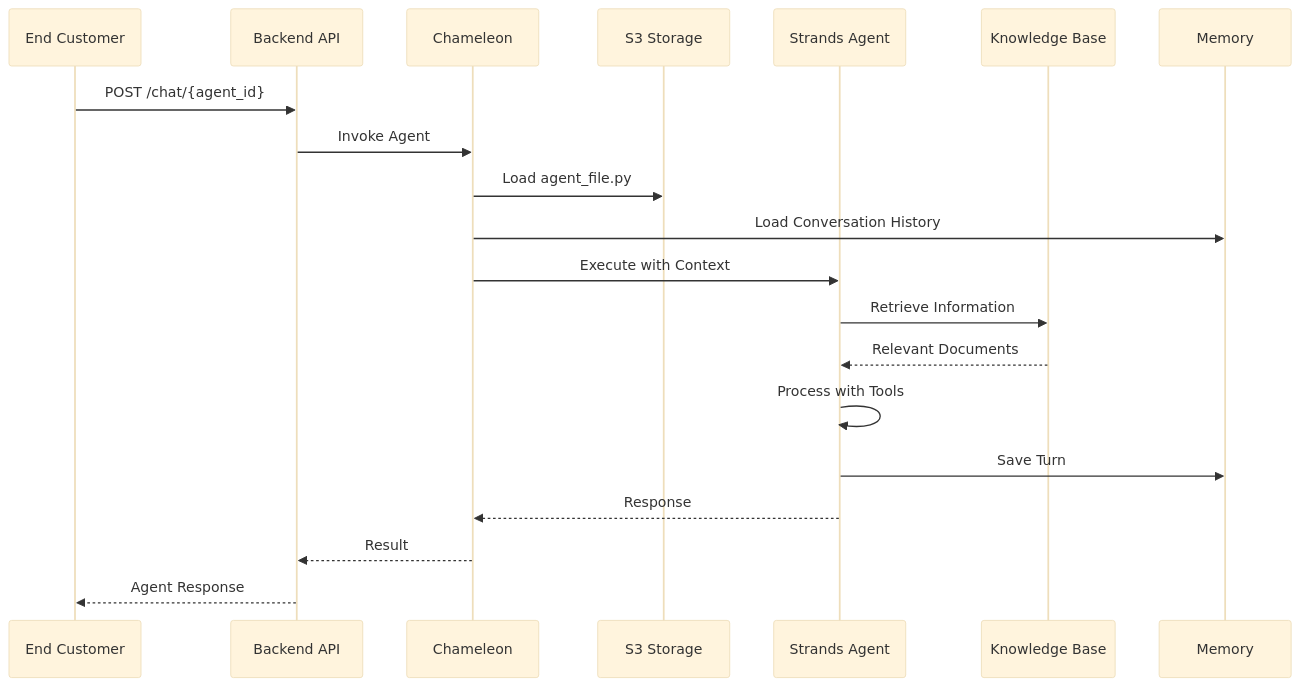
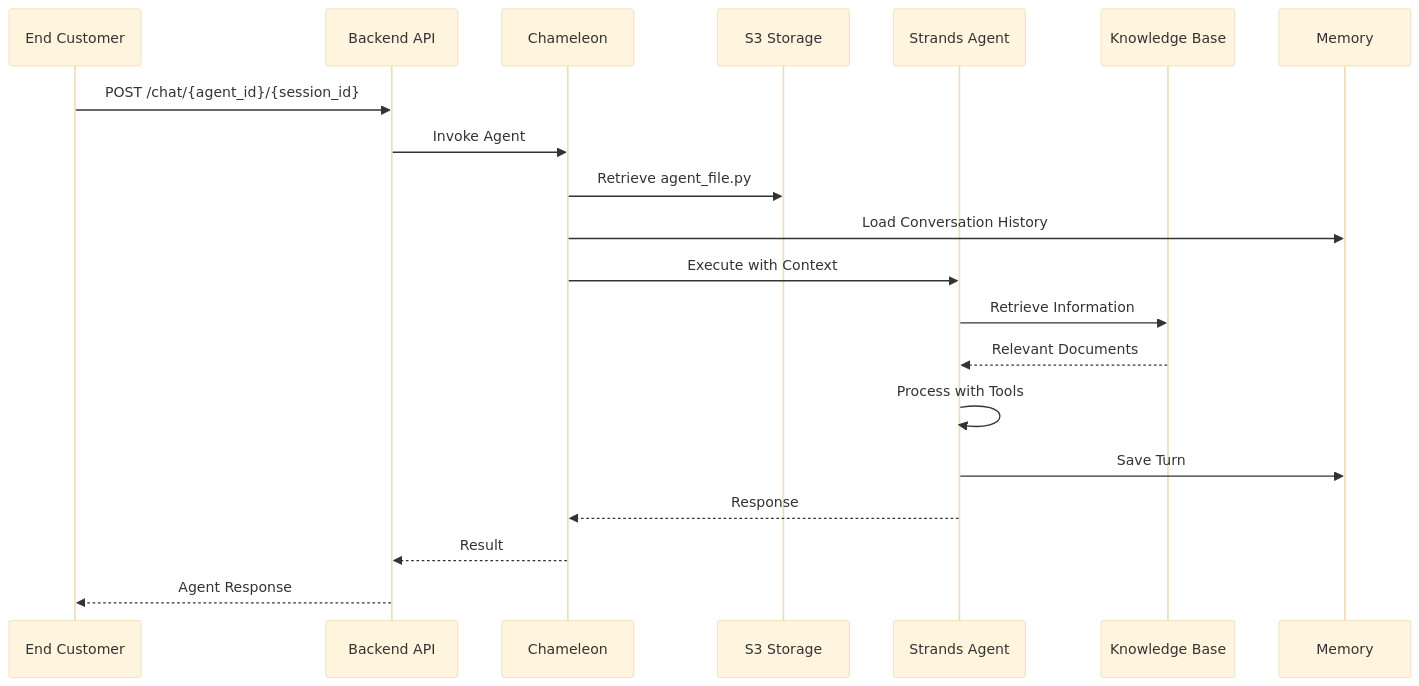
One commit to chandra447/Oratio changed the fifth of 8 diagrams in README.md. Above: the diagram before and after it, drawn with Mermaid (base theme). The commit also changed other lines of this file, not shown here.

First line of the commit message:
docs(diagrams): refine agent architecture flow and API endpoint patterns

````diff
--- a/README.md
+++ b/README.md
@@ -204,23 +207,23 @@
 ```mermaid
 sequenceDiagram
     participant Customer as End Customer
     participant API as Backend API
     participant Cham as Chameleon
     participant S3 as S3 Storage
     participant Agent as Strands Agent
     participant KB as Knowledge Base
     participant Mem as Memory
 
-    Customer->>API: POST /chat/{agent_id}
+    Customer->>API: POST /chat/{agent_id}/{session_id}
     API->>Cham: Invoke Agent
-    Cham->>S3: Load agent_file.py
+    Cham->>S3: Retrieve agent_file.py
     Cham->>Mem: Load Conversation History
     Cham->>Agent: Execute with Context
     Agent->>KB: Retrieve Information
     KB-->>Agent: Relevant Documents
     Agent->>Agent: Process with Tools
     Agent->>Mem: Save Turn
     Agent-->>Cham: Response
     Cham-->>API: Result
     API-->>Customer: Agent Response
 ```
````
